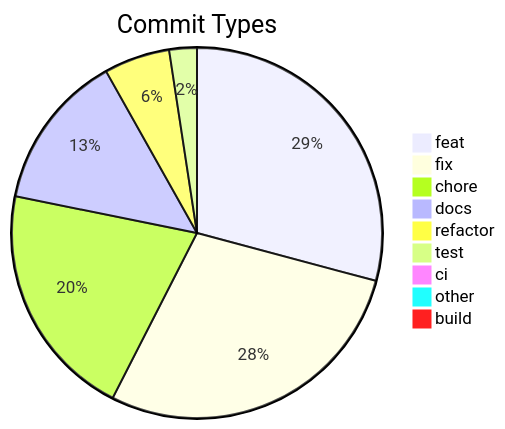
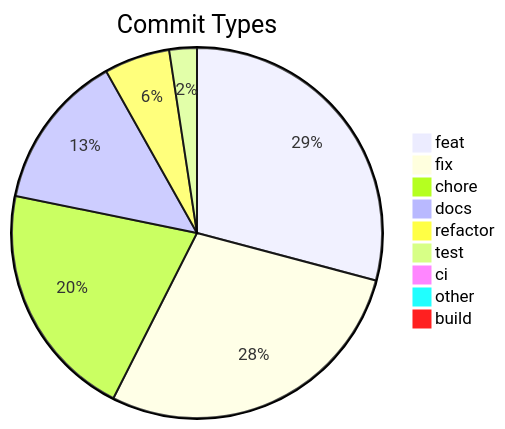
The diagram in .shipwright/compliance/change-history.md (svenroth-ai/shipwright), drawn with Mermaid before and after one commit. The commit also changed other lines of this file and 28 other files, not shown here.

````diff
--- a/.shipwright/compliance/change-history.md
+++ b/.shipwright/compliance/change-history.md
@@ -8,12 +8,12 @@
 ```mermaid
 pie title Commit Types
     "feat" : 254
     "fix" : 247
-    "chore" : 180
+    "chore" : 181
     "docs" : 119
     "refactor" : 50
     "test" : 21
     "ci" : 7
     "other" : 7
     "build" : 1
 ```
````
